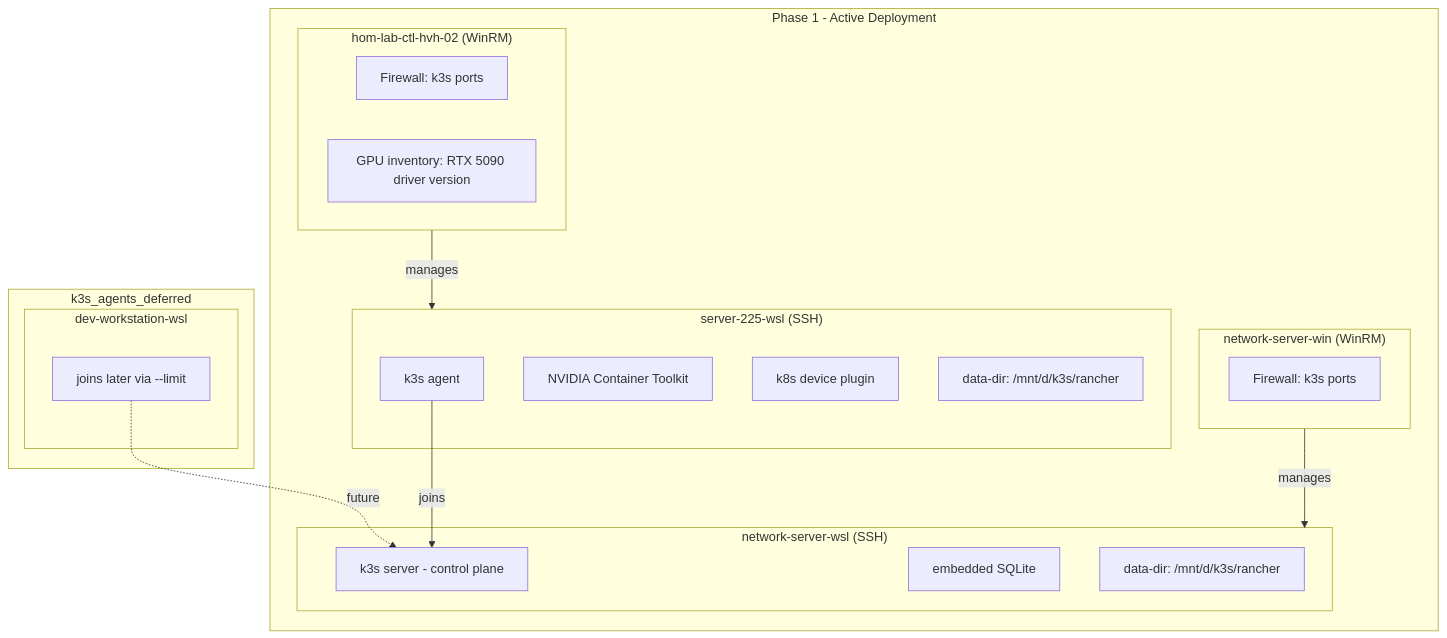
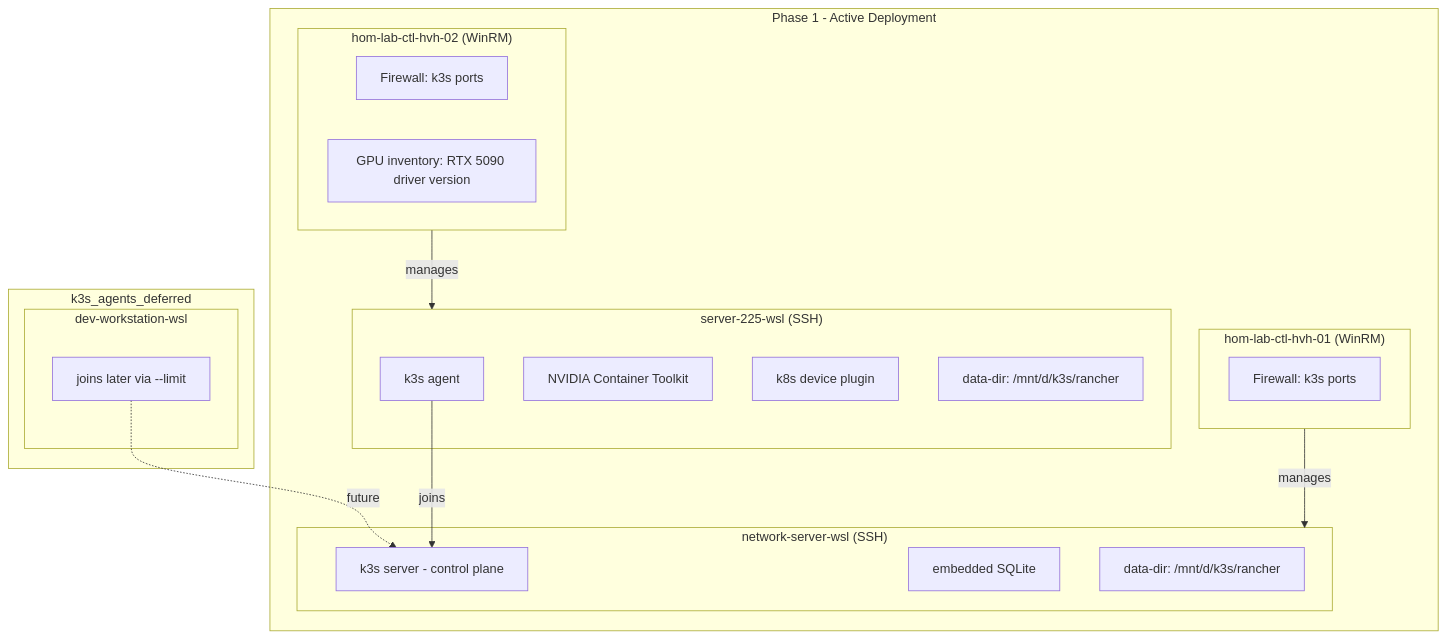
Before and after one commit to doesitscript/dotfile-vnext: the diagram in docs/plans/2026-05-20--k3s-cluster-deployment-incomplete/README.md, drawn with Mermaid. The commit also changed other lines of this file and 2 other files, not shown here.

````diff
--- a/docs/plans/2026-05-20--k3s-cluster-deployment-incomplete/README.md
+++ b/docs/plans/2026-05-20--k3s-cluster-deployment-incomplete/README.md
@@ -94,32 +94,32 @@
 ```mermaid
 graph TD
   subgraph initial [Phase 1 - Active Deployment]
-    subgraph netSrvWin ["network-server-win (WinRM)"]
+    subgraph netSrvWin ["hom-lab-ctl-hvh-01 (WinRM)"]
       FW1["Firewall: k3s ports"]
     end
     subgraph netSrvWSL ["network-server-wsl (SSH)"]
       CP[k3s server - control plane]
       SQLite[embedded SQLite]
       DataDir1["data-dir: /mnt/d/k3s/rancher"]
     end
     subgraph srv225Win ["hom-lab-ctl-hvh-02 (WinRM)"]
       FW2["Firewall: k3s ports"]
       GPUInv["GPU inventory: RTX 5090 driver version"]
     end
     subgraph srv225WSL ["server-225-wsl (SSH)"]
       Agent1[k3s agent]
       Toolkit["NVIDIA Container Toolkit"]
       DevPlugin["k8s device plugin"]
       DataDir2["data-dir: /mnt/d/k3s/rancher"]
     end
   end
   subgraph deferred [k3s_agents_deferred]
     subgraph devWS ["dev-workstation-wsl"]
       Agent2["joins later via --limit"]
     end
   end
   netSrvWin -->|manages| netSrvWSL
   srv225Win -->|manages| srv225WSL
   Agent1 -->|joins| CP
   Agent2 -.->|future| CP
 ```
````
